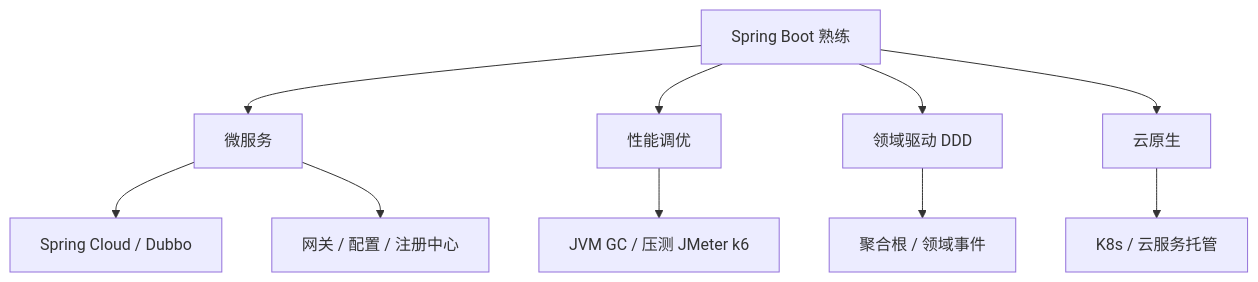
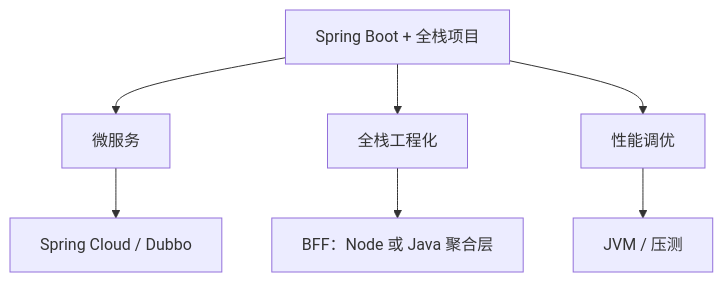
The second of 2 diagrams in src/content/posts/java-learning-roadmap.mdx (Ryancheese/ryan-log), drawn with Mermaid before and after one commit. The commit also changed other lines of this file, not shown here.

First line of the commit message:
docs: 将 Java 学习路线调整为前端转后端视角

````diff
--- a/src/content/posts/java-learning-roadmap.mdx
+++ b/src/content/posts/java-learning-roadmap.mdx
@@ -248,12 +249,9 @@
 ```mermaid
 flowchart TB
-    E[Spring Boot 熟练] --> M[微服务]
+    E[Spring Boot + 全栈项目] --> M[微服务]
+    E --> F[全栈工程化]
     E --> P[性能调优]
-    E --> D[领域驱动 DDD]
-    E --> C[云原生]
     M --> M1[Spring Cloud / Dubbo]
-    M --> M2[网关 / 配置 / 注册中心]
-    P --> P1[JVM GC / 压测 JMeter k6]
-    D --> D1[聚合根 / 领域事件]
-    C --> C1[K8s / 云服务托管]
+    F --> F1[BFF：Node 或 Java 聚合层]
+    P --> P1[JVM / 压测]
 ```
````
